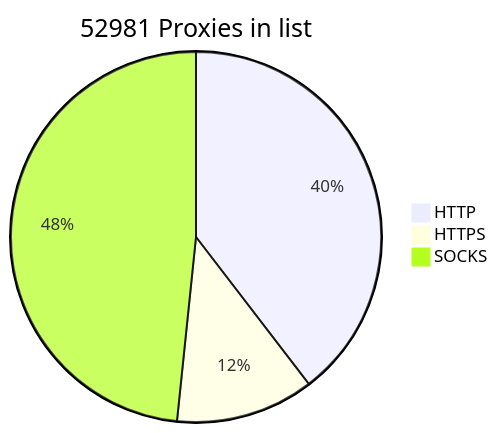
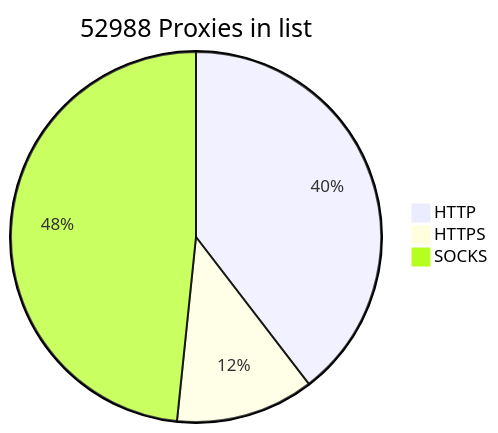
Before and after one commit to BlackSnowDot/proxylist-update-every-minute: the diagram in README.md, drawn with Mermaid.

````diff
--- a/README.md
+++ b/README.md
@@ -2,6 +2,6 @@
 ```mermaid
-pie title 52981 Proxies in list
-    "HTTP" : 23400
-    "HTTPS": 7130
-    "SOCKS" : 28591
+pie title 52988 Proxies in list
+    "HTTP" : 23402
+    "HTTPS": 7133
+    "SOCKS" : 28594
 ```
````
